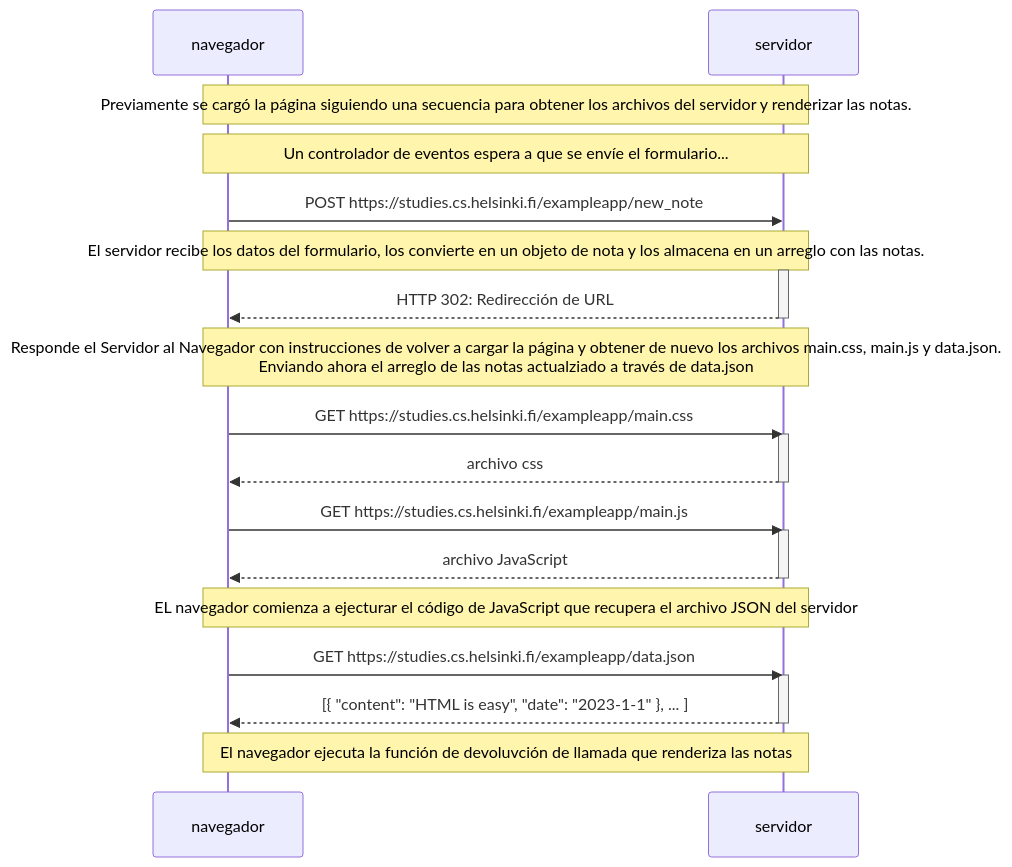
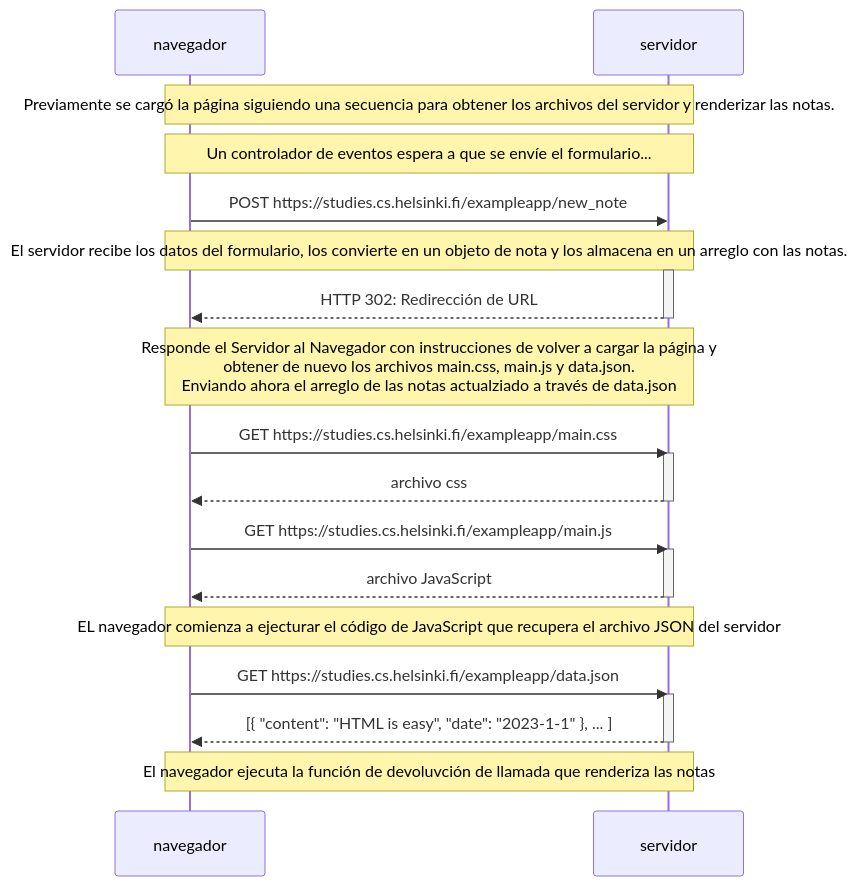
One commit to CuteLoop/fullstack-open changed the diagram in parte-0/ejercicio-0.4.mmd. Above: the diagram before and after it, drawn with Mermaid.

```diff
--- a/parte-0/ejercicio-0.4.mmd
+++ b/parte-0/ejercicio-0.4.mmd
@@ -1,34 +1,34 @@
 sequenceDiagram
     participant navegador
     participant servidor
 
     Note over navegador,servidor: Previamente se cargó la página siguiendo una secuencia para obtener los archivos del servidor y renderizar las notas.
     Note over navegador,servidor: Un controlador de eventos espera a que se envíe el formulario...
 
     navegador->>servidor: POST https://studies.cs.helsinki.fi/exampleapp/new_note
     Note over navegador,servidor: El servidor recibe los datos del formulario, los convierte en un objeto de nota y los almacena en un arreglo con las notas.
     
     activate servidor
     servidor-->>navegador: HTTP 302: Redirección de URL
     deactivate servidor
 
-   Note over navegador,servidor: Responde el Servidor al Navegador con instrucciones de volver a cargar la página y obtener de nuevo los archivos main.css, main.js y data.json.<br/>Enviando ahora el arreglo de las notas actualziado a través de data.json
+   Note over navegador,servidor: Responde el Servidor al Navegador con instrucciones de volver a cargar la página y <br/>obtener de nuevo los archivos main.css, main.js y data.json. <br/>Enviando ahora el arreglo de las notas actualziado a través de data.json
 
     navegador->>servidor: GET https://studies.cs.helsinki.fi/exampleapp/main.css
     activate servidor
     servidor-->>navegador: archivo css
     deactivate servidor
 
     navegador->>servidor: GET https://studies.cs.helsinki.fi/exampleapp/main.js
     activate servidor
     servidor-->>navegador: archivo JavaScript
     deactivate servidor
 
     Note over navegador,servidor: EL navegador comienza a ejecturar el código de JavaScript que recupera el archivo JSON del servidor
 
     navegador->>servidor: GET https://studies.cs.helsinki.fi/exampleapp/data.json
     activate servidor
     servidor-->>navegador: [{ "content": "HTML is easy", "date": "2023-1-1" }, ... ]
     deactivate servidor
 
    Note over navegador,servidor: El navegador ejecuta la función de devoluvción de llamada que renderiza las notas
```
